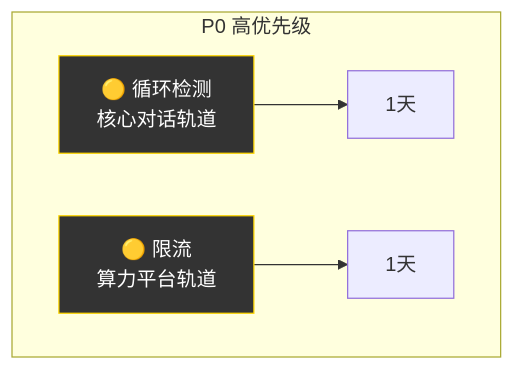
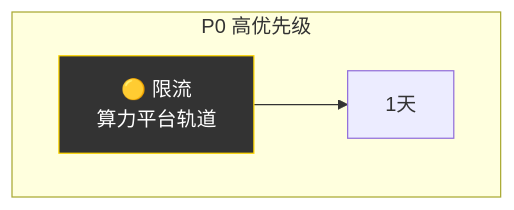
One commit to JIUYUE-SEP/CloudMind-Zome changed the sixth of 10 diagrams in docs/路线图.md. Above: the diagram before and after it, drawn with Mermaid. The commit also changed other lines of this file and 2 other files, not shown here.

Commit message:
docs: 移除循环检测/MAX_HOPS 相关文档，标记为已完成或移除
- 更新已实现功能、架构文档和路线图，移除循环检测/MAX_HOPS 相关内容
- 将 Agent 间私信流程标记为已完成
- 调整近期优先级，移除循环检测项

````diff
--- a/docs/路线图.md
+++ b/docs/路线图.md
@@ -365,10 +365,8 @@
 ```mermaid
 flowchart LR
     subgraph P0["P0 高优先级"]
         direction LR
-        A["🟡 循环检测\n核心对话轨道"] --> B["1天"]
-        C["🟡 限流\n算力平台轨道"] --> D["1天"]
+        A["🟡 限流\n算力平台轨道"] --> B["1天"]
     end
     style A fill:#333,stroke:#FFD700,color:#fff
-    style C fill:#333,stroke:#FFD700,color:#fff
 ```
````
